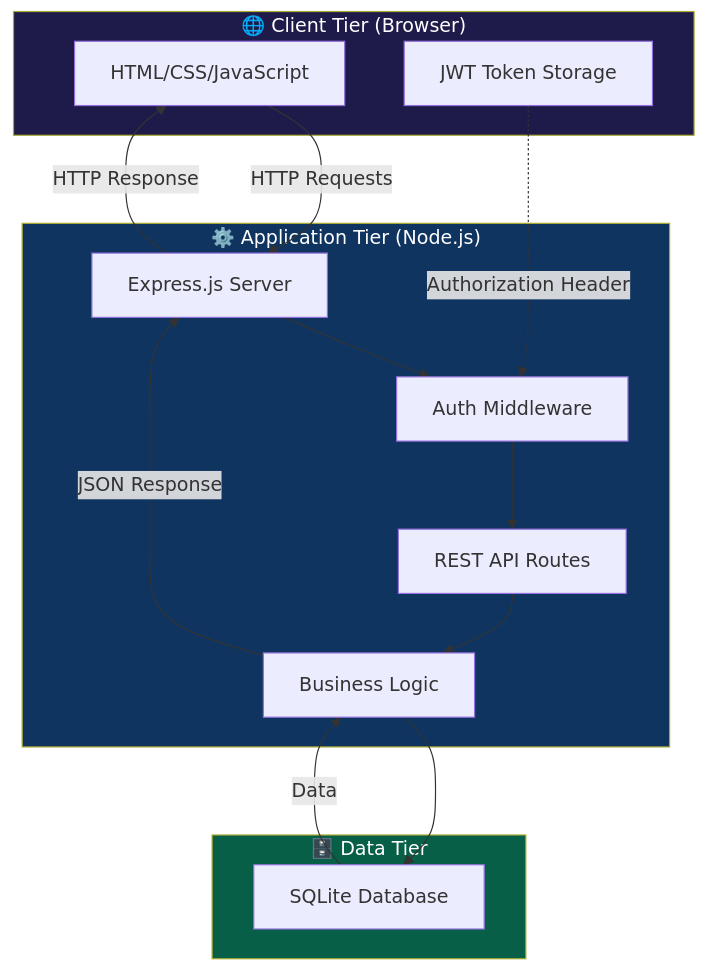
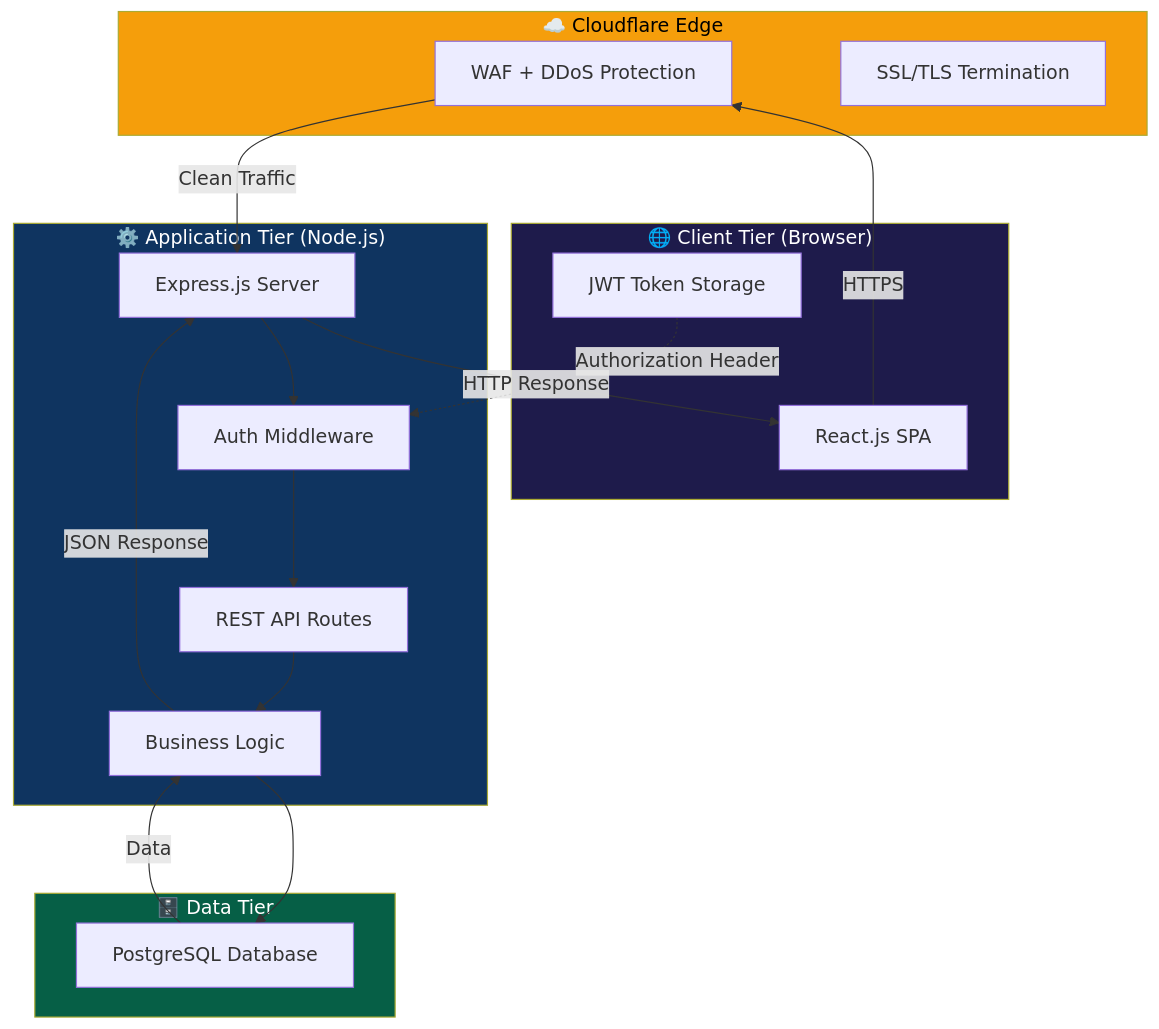
Before and after one commit to algorithnicmind/Bookflow-management: the first of 4 diagrams in docs/04-HLD.md, drawn with Mermaid. The commit also changed other lines of this file and 3 other files, not shown here.

````diff
--- a/docs/04-HLD.md
+++ b/docs/04-HLD.md
@@ -13,32 +13,39 @@
 ```mermaid
 graph TB
+    subgraph Security["☁️ Cloudflare Edge"]
+        WAF[WAF + DDoS Protection]
+        SSL[SSL/TLS Termination]
+    end
+    
     subgraph Client["🌐 Client Tier (Browser)"]
-        UI[HTML/CSS/JavaScript]
+        React[React.js SPA]
         JWT[JWT Token Storage]
     end
     
     subgraph Server["⚙️ Application Tier (Node.js)"]
         Express[Express.js Server]
         Auth[Auth Middleware]
         Routes[REST API Routes]
         BL[Business Logic]
     end
     
     subgraph Data["🗄️ Data Tier"]
-        SQLite[SQLite Database]
+        PG[PostgreSQL Database]
     end
     
-    UI -->|HTTP Requests| Express
+    React -->|HTTPS| WAF
+    WAF -->|Clean Traffic| Express
     Express --> Auth
     Auth --> Routes
     Routes --> BL
-    BL --> SQLite
-    SQLite -->|Data| BL
+    BL --> PG
+    PG -->|Data| BL
     BL -->|JSON Response| Express
-    Express -->|HTTP Response| UI
+    Express -->|HTTP Response| React
     JWT -.->|Authorization Header| Auth
     
+    style Security fill:#F59E0B,color:#000
     style Client fill:#1e1b4b,color:#fff
     style Server fill:#0f3460,color:#fff
     style Data fill:#065f46,color:#fff
 ```
````
